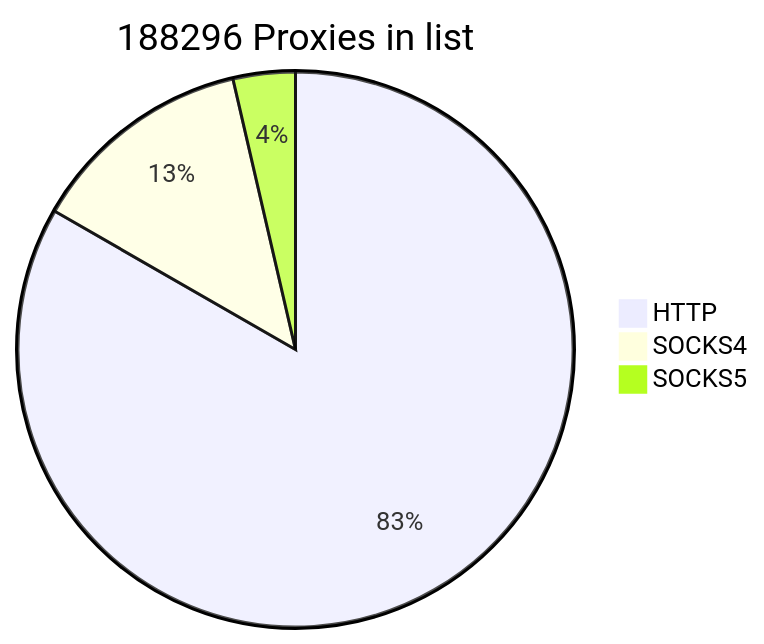
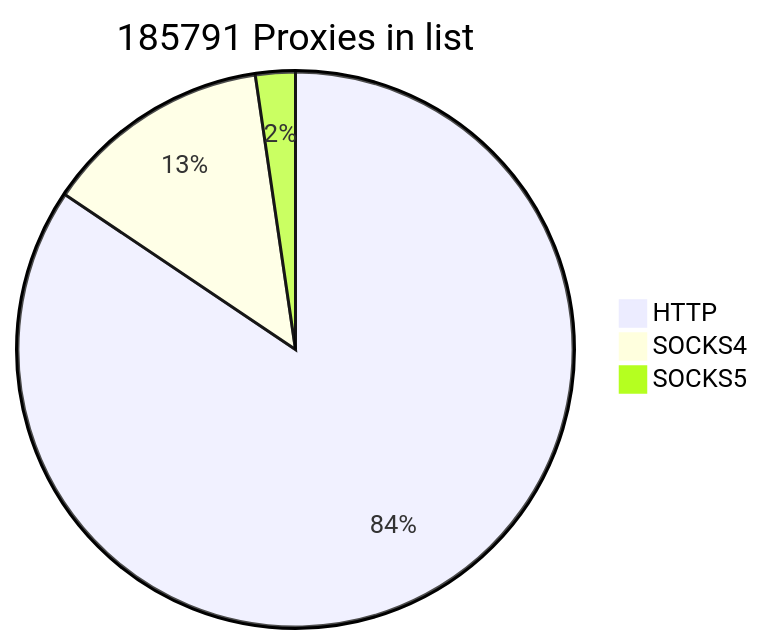
One commit to cutipu/proxylist changed the first of 2 diagrams in README.md. Above: the diagram before and after it, drawn with Mermaid. The commit also changed other lines of this file, not shown here.

````diff
--- a/README.md
+++ b/README.md
@@ -2,7 +2,7 @@
 ```mermaid
-pie title 188296 Proxies in list
+pie title 185791 Proxies in list
     "HTTP" : 156850
     "SOCKS4" : 24637
-    "SOCKS5" : 6809
+    "SOCKS5" : 4304
             
 ```
````
